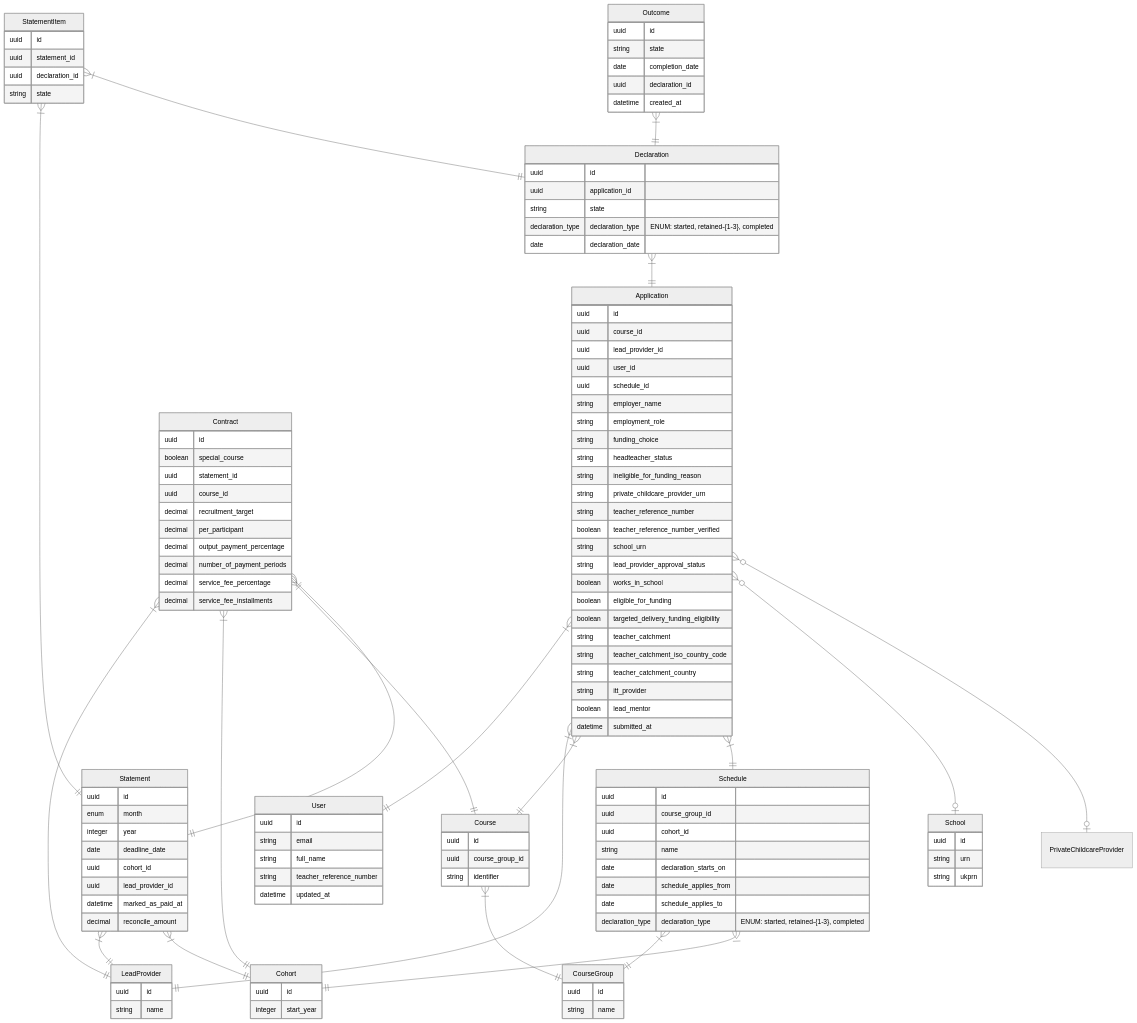
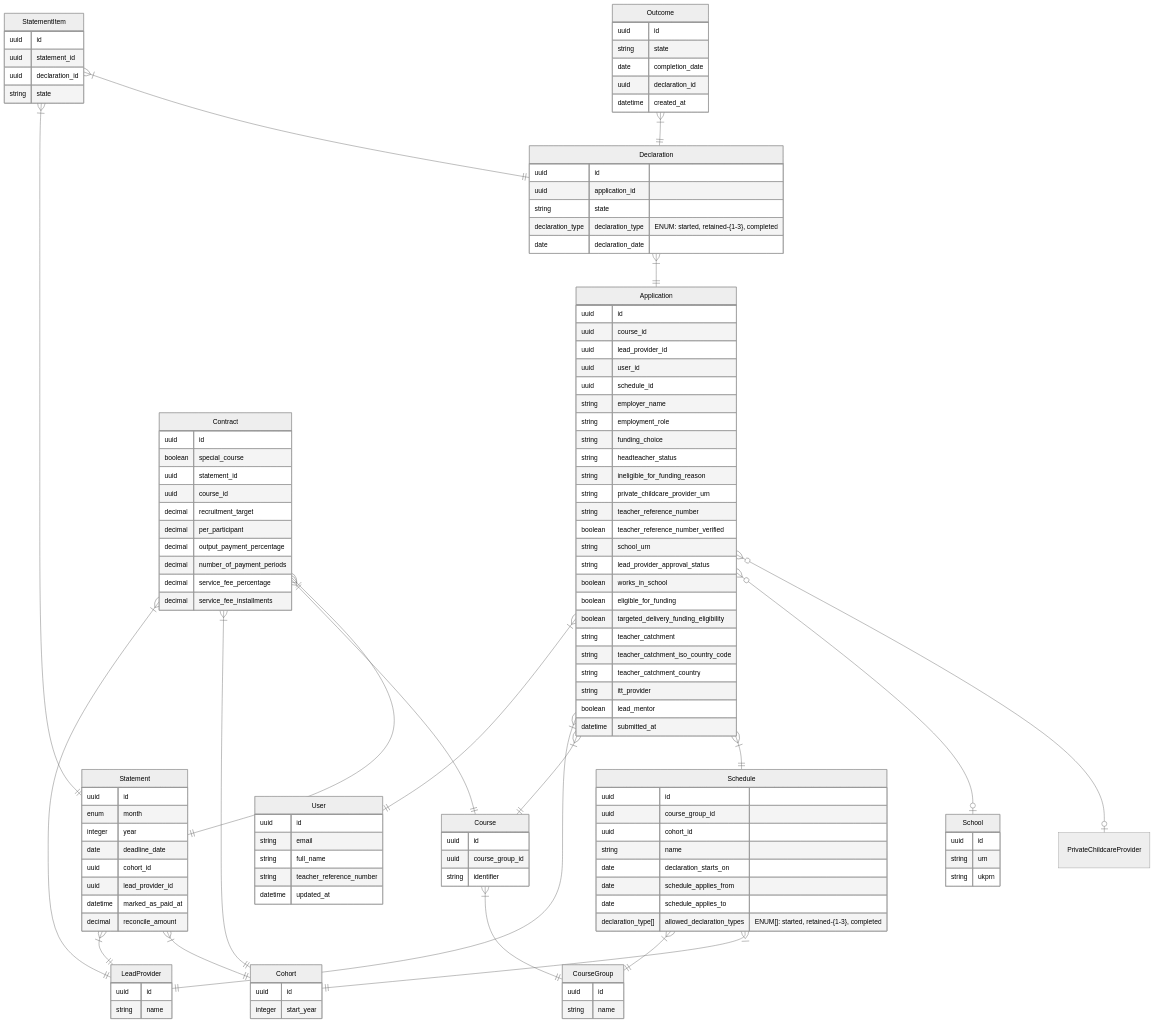
The second of 4 diagrams in data-modelling.md (DFE-Digital/npq-separation), drawn with Mermaid (neutral theme) before and after one commit.

Commit message:
Make it obvious what declaration_type on schedule does

````diff
--- a/data-modelling.md
+++ b/data-modelling.md
@@ -178,6 +178,6 @@
         date declaration_starts_on
         date schedule_applies_from
         date schedule_applies_to
-        declaration_type declaration_type "ENUM: started, retained-{1-3}, completed"
+        declaration_type[] allowed_declaration_types "ENUM[]: started, retained-{1-3}, completed"
     }
 ```
````
